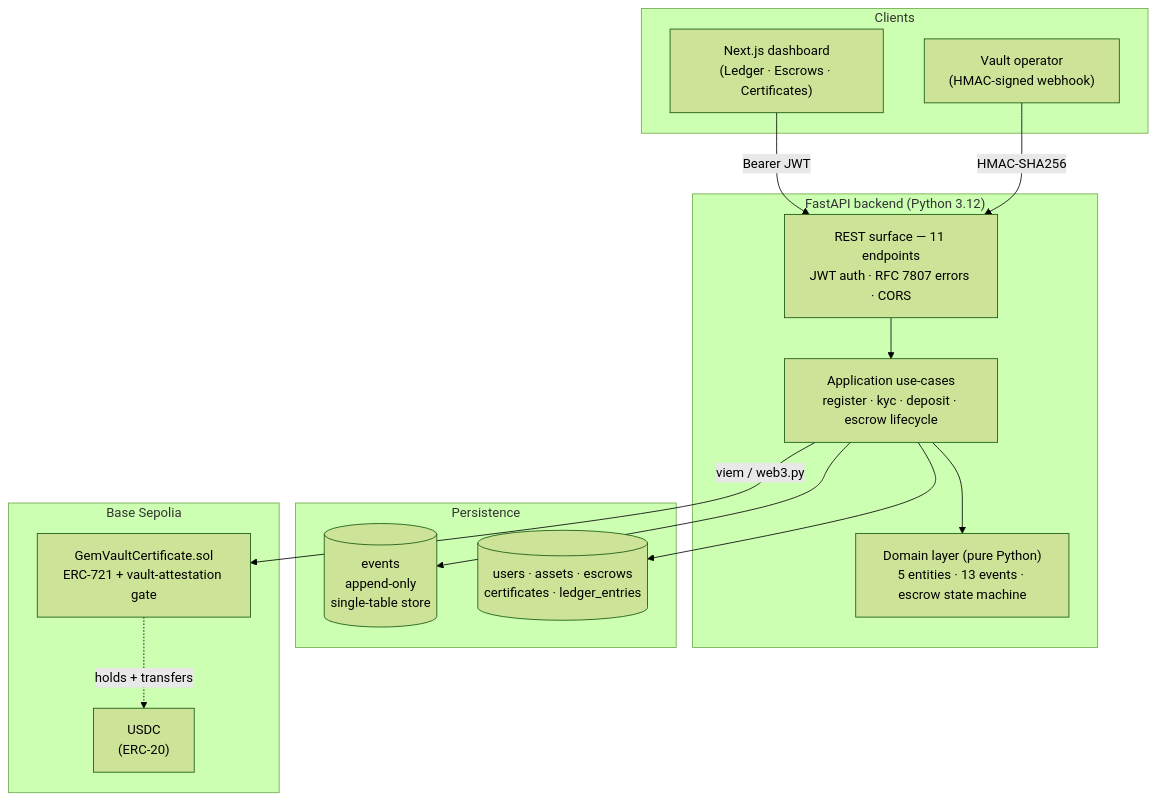
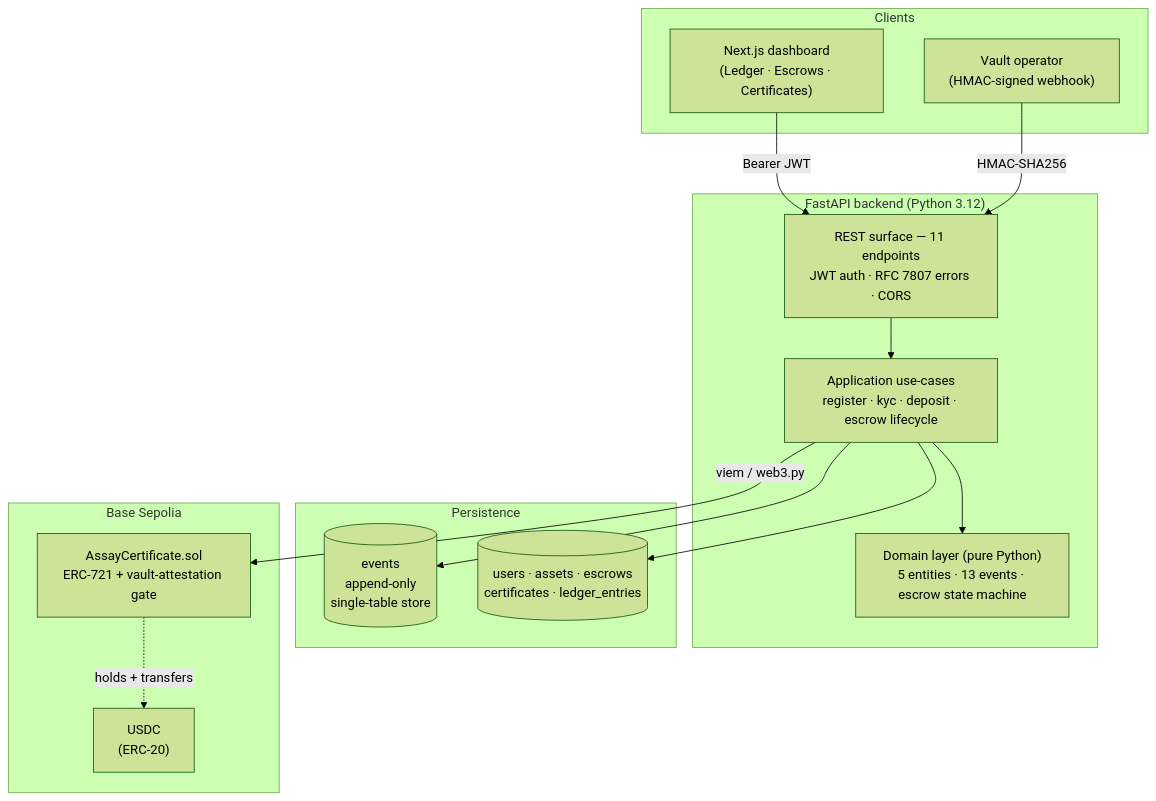
Before and after one commit to soneeee22000/assay: the diagram in README.md, drawn with Mermaid (forest theme). The commit also changed other lines of this file and 83 other files, not shown here.

First line of the commit message:
refactor: rename GemVault to Assay, re-theme to vaulted precious metals (#8)

````diff
--- a/README.md
+++ b/README.md
@@ -33,32 +31,32 @@
 ```mermaid
 flowchart TB
     subgraph Clients
         Dash["Next.js dashboard<br/>(Ledger · Escrows · Certificates)"]
         Vault["Vault operator<br/>(HMAC-signed webhook)"]
     end
 
     subgraph Backend["FastAPI backend (Python 3.12)"]
         API["REST surface — 11 endpoints<br/>JWT auth · RFC 7807 errors · CORS"]
         UseCases["Application use-cases<br/>register · kyc · deposit · escrow lifecycle"]
         Domain["Domain layer (pure Python)<br/>5 entities · 13 events · escrow state machine"]
     end
 
     subgraph Persistence
         Events[("events<br/>append-only<br/>single-table store")]
         Projections[("users · assets · escrows<br/>certificates · ledger_entries")]
     end
 
     subgraph OnChain["Base Sepolia"]
-        Cert["GemVaultCertificate.sol<br/>ERC-721 + vault-attestation gate"]
+        Cert["AssayCertificate.sol<br/>ERC-721 + vault-attestation gate"]
         USDC["USDC<br/>(ERC-20)"]
     end
 
     Dash -->|Bearer JWT| API
     Vault -->|HMAC-SHA256| API
     API --> UseCases
     UseCases --> Domain
     UseCases --> Events
     UseCases --> Projections
     UseCases -->|viem / web3.py| Cert
     Cert -.->|holds + transfers| USDC
 ```
````
